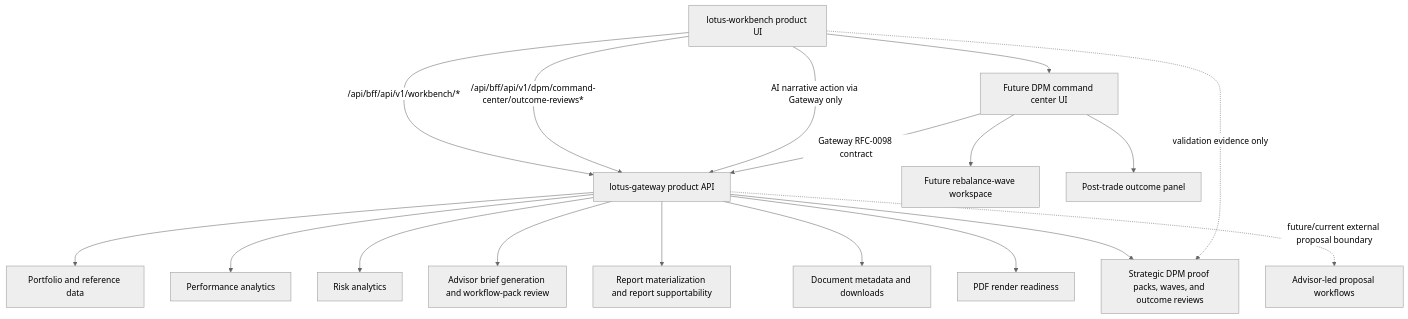
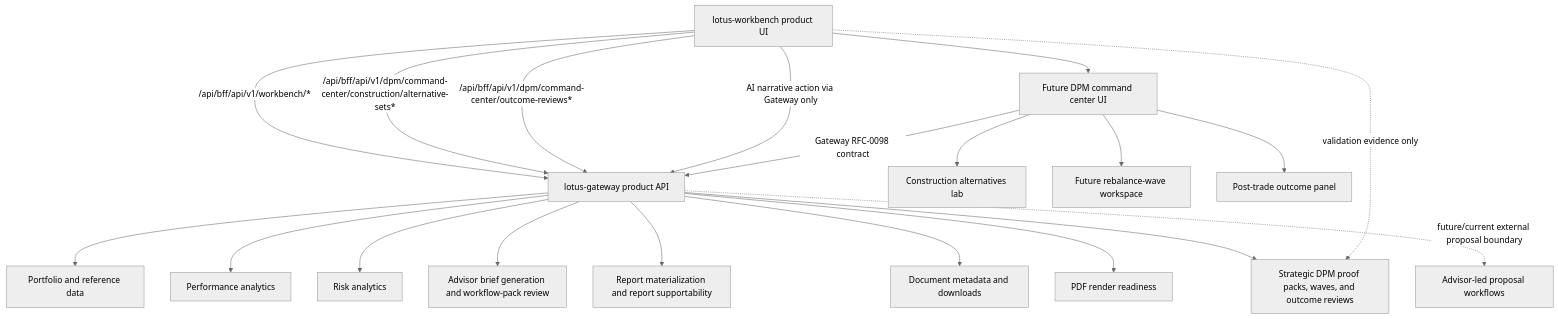
One commit to sgajbi/advisor-workbench changed the diagram in wiki/Integrations.md. Above: the diagram before and after it, drawn with Mermaid (neutral theme). The commit also changed other lines of this file and 22 other files, not shown here.

Commit message:
feat: add gateway-backed construction lab

````diff
--- a/wiki/Integrations.md
+++ b/wiki/Integrations.md
@@ -87,35 +96,38 @@
 ```mermaid
 flowchart TB
   Workbench[lotus-workbench product UI]
   Gateway[lotus-gateway product API]
   Core[Portfolio and reference data]
   Performance[Performance analytics]
   Risk[Risk analytics]
   AI[Advisor brief generation and workflow-pack review]
   Report[Report materialization and report supportability]
   Archive[Document metadata and downloads]
   Render[PDF render readiness]
   Manage[Strategic DPM proof packs, waves, and outcome reviews]
+  Construction[Construction alternatives lab]
   Waves[Future rebalance-wave workspace]
   Outcomes[Post-trade outcome panel]
   Advise[Advisor-led proposal workflows]
   DpmCenter[Future DPM command center UI]
 
   Workbench -->|/api/bff/api/v1/workbench/*| Gateway
   Workbench --> DpmCenter
+  Workbench -->|/api/bff/api/v1/dpm/command-center/construction/alternative-sets*| Gateway
   Workbench -->|/api/bff/api/v1/dpm/command-center/outcome-reviews*| Gateway
   Workbench -->|AI narrative action via Gateway only| Gateway
   DpmCenter --> Waves
+  DpmCenter --> Construction
   DpmCenter --> Outcomes
   DpmCenter -->|Gateway RFC-0098 contract| Gateway
   Gateway --> Core
   Gateway --> Performance
   Gateway --> Risk
   Gateway --> AI
   Gateway --> Report
   Gateway --> Archive
   Gateway --> Render
   Gateway --> Manage
   Gateway -. future/current external proposal boundary .-> Advise
   Workbench -. validation evidence only .-> Manage
 ```
````
